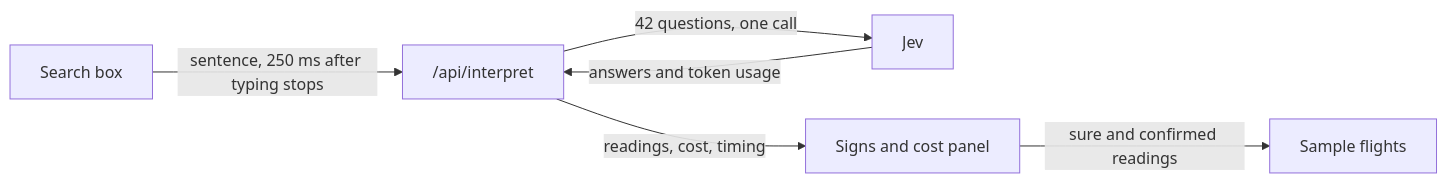
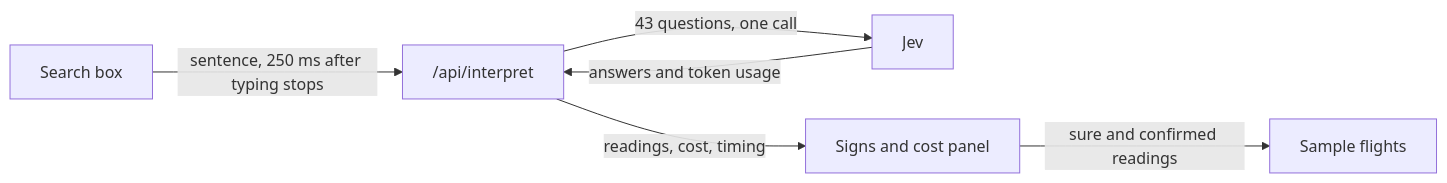
Before and after one commit to nak1b/jev-experiments: the diagram in flight-search/README.md, drawn with Mermaid. The commit also changed other lines of this file and 5 other files, not shown here.

````diff
--- a/flight-search/README.md
+++ b/flight-search/README.md
@@ -35,8 +40,8 @@
 ```mermaid
 flowchart LR
   A[Search box] -->|sentence, 250 ms after typing stops| B["/api/interpret"]
-  B -->|42 questions, one call| C[Jev]
+  B -->|43 questions, one call| C[Jev]
   C -->|answers and token usage| B
   B -->|readings, cost, timing| D[Signs and cost panel]
   D -->|sure and confirmed readings| E[Sample flights]
 ```
````
